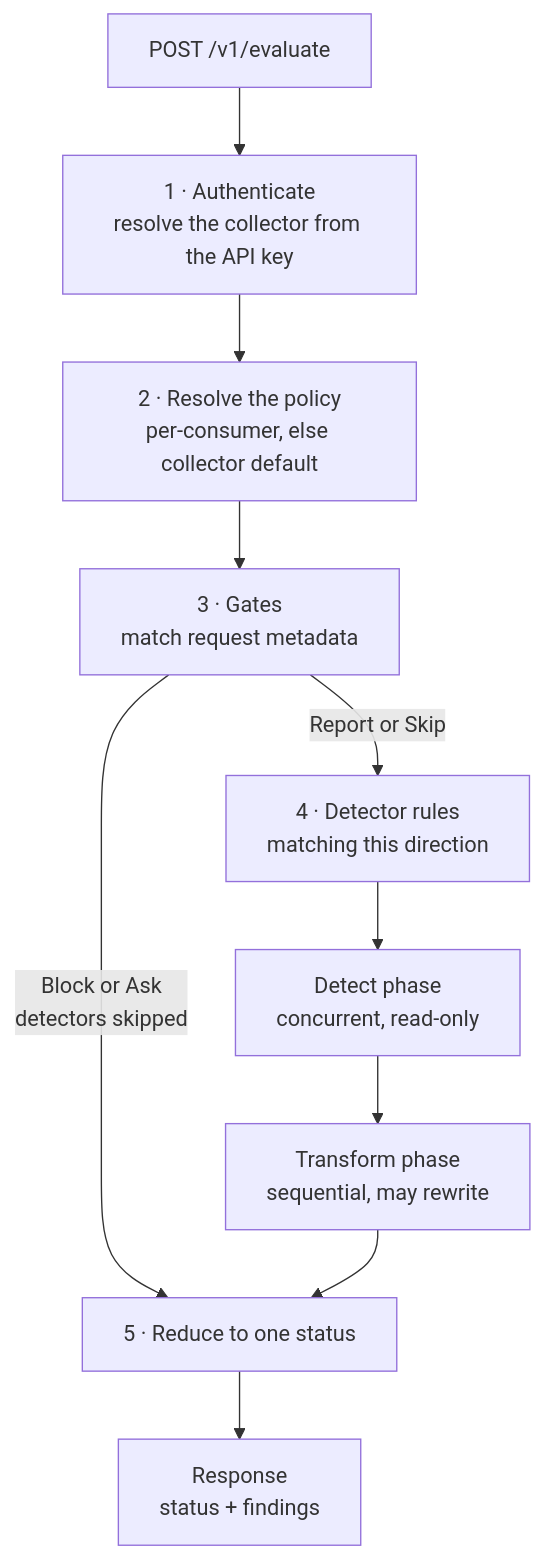
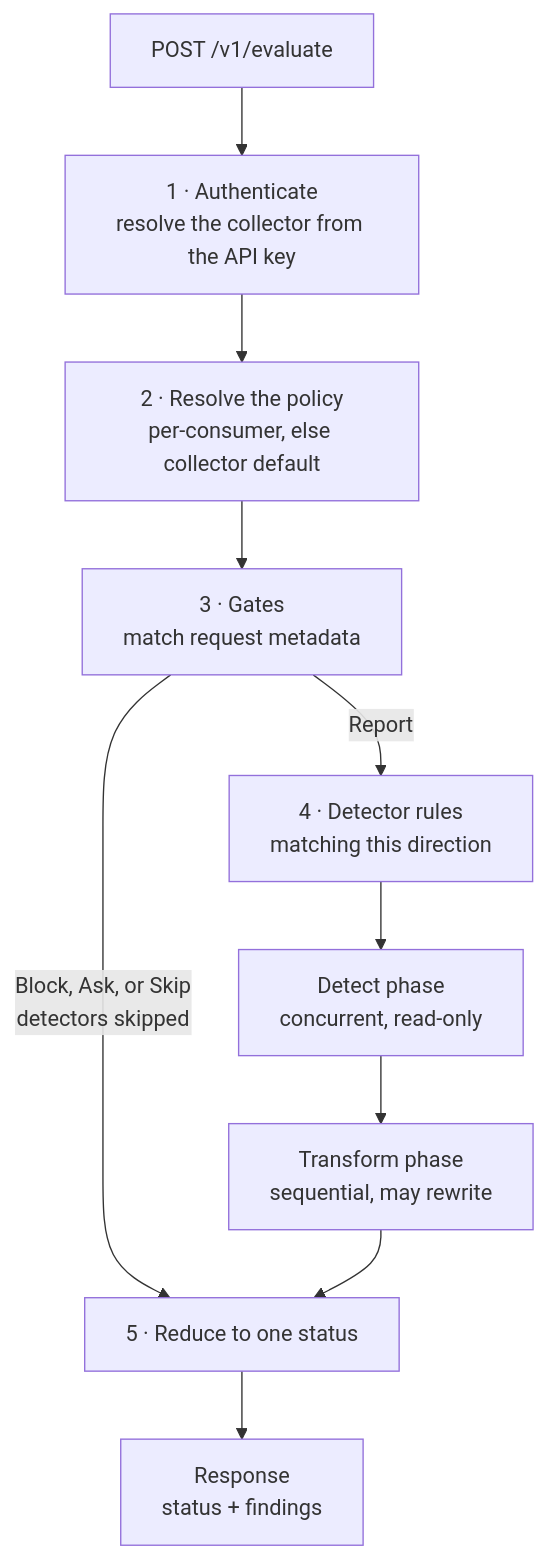
Before and after one commit to NeuralTrust/docs: the diagram in trustguard/api/evaluate.mdx, drawn with Mermaid. The commit also changed other lines of this file and 1 other file, not shown here.

First line of the commit message:
docs(trustguard): gate rules are first-match in saved order

````diff
--- a/trustguard/api/evaluate.mdx
+++ b/trustguard/api/evaluate.mdx
@@ -182,12 +182,12 @@
 ```mermaid
 flowchart TD
   REQ[POST /v1/evaluate] --> AUTH[1 · Authenticate<br/>resolve the collector from the API key]
   AUTH --> POL[2 · Resolve the policy<br/>per-consumer, else collector default]
   POL --> GATES[3 · Gates<br/>match request metadata]
-  GATES -->|Block or Ask<br/>detectors skipped| RED[5 · Reduce to one status]
-  GATES -->|Report or Skip| RULES[4 · Detector rules<br/>matching this direction]
+  GATES -->|Block, Ask, or Skip<br/>detectors skipped| RED[5 · Reduce to one status]
+  GATES -->|Report| RULES[4 · Detector rules<br/>matching this direction]
   RULES --> DETECT[Detect phase<br/>concurrent, read-only]
   DETECT --> XFORM[Transform phase<br/>sequential, may rewrite]
   XFORM --> RED
   RED --> RESP[Response<br/>status + findings]
 ```
````
